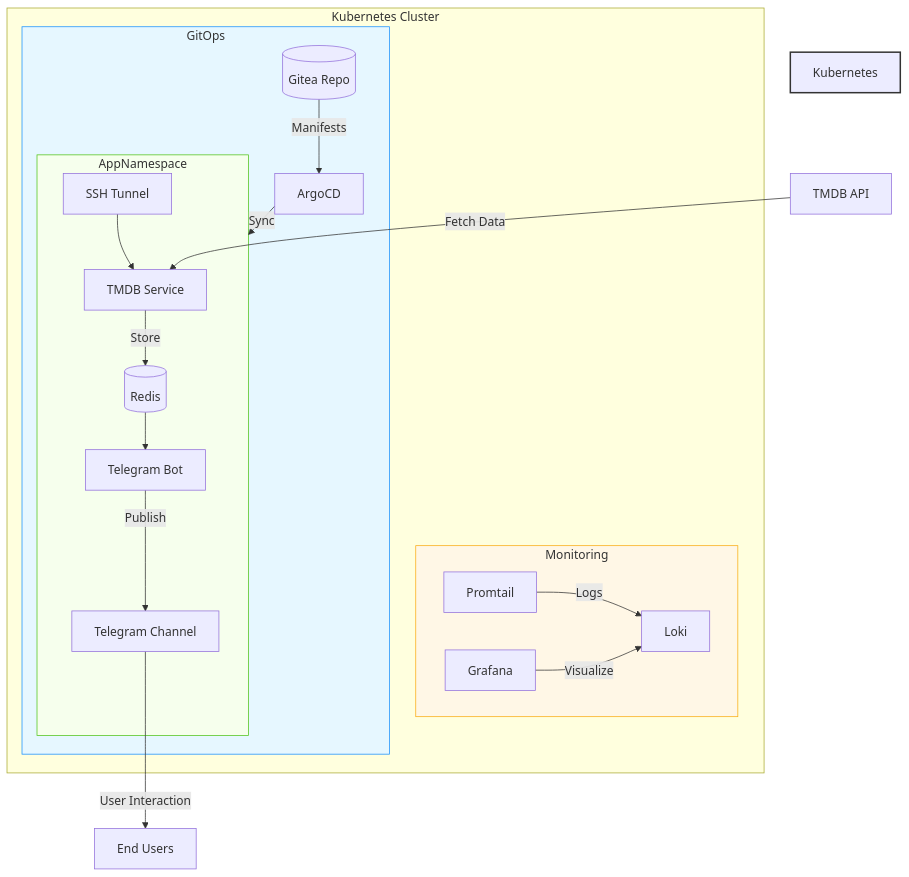
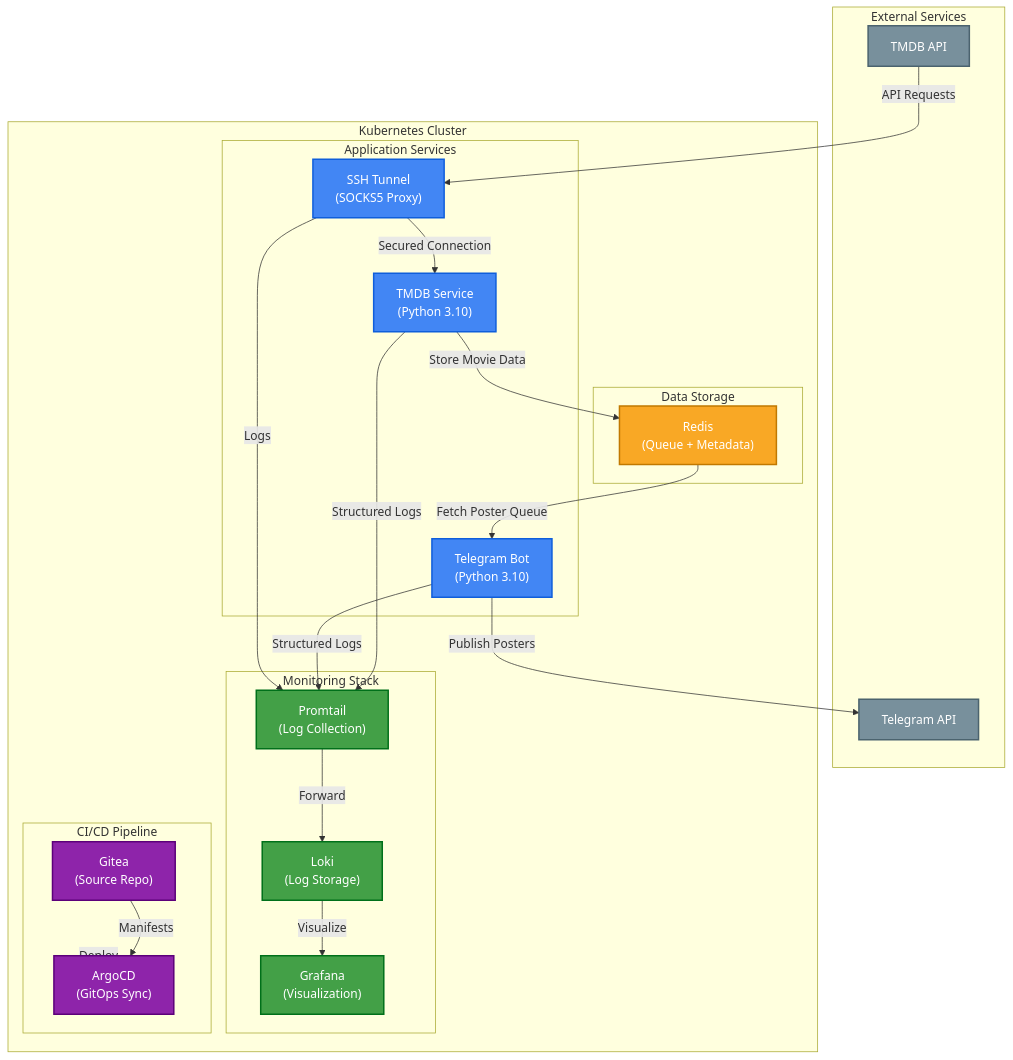
The diagram in README.md (thisisspartan/micro_tg), drawn with Mermaid before and after one commit.

Commit message:
README added new mermaid

````diff
--- a/README.md
+++ b/README.md
@@ -31,29 +31,60 @@
 ```mermaid
-graph TD
-    subgraph Kubernetes Cluster
-        subgraph GitOps
-            Gitea[(Gitea Repo)] -->|Manifests| ArgoCD
-            ArgoCD -->|Sync| AppNamespace
+flowchart TD
+    subgraph External ["External Services"]
+        TMDB["TMDB API"]
+        TG["Telegram API"]
+    end
+
+    subgraph Infrastructure ["Kubernetes Cluster"]
+        subgraph Services ["Application Services"]
+            TMDB_SVC["TMDB Service\n(Python 3.10)"]
+            TG_BOT["Telegram Bot\n(Python 3.10)"]
+            SSH["SSH Tunnel\n(SOCKS5 Proxy)"]
         end
         
-        subgraph Monitoring
-            Promtail -->|Logs| Loki
-            Grafana -->|Visualize| Loki
+        subgraph Storage ["Data Storage"]
+            REDIS["Redis\n(Queue + Metadata)"]
         end
         
-        subgraph AppNamespace
-            TMDB[TMDB Service] -->|Store| Redis[(Redis)]
-            Redis --> Telegram[Telegram Bot]
-            Telegram -->|Publish| Channel[Telegram Channel]
-            Tunnel[SSH Tunnel] --> TMDB
+        subgraph Observability ["Monitoring Stack"]
+            PROMTAIL["Promtail\n(Log Collection)"]
+            LOKI["Loki\n(Log Storage)"]
+            GRAFANA["Grafana\n(Visualization)"]
+        end
+        
+        subgraph CI_CD ["CI/CD Pipeline"]
+            GITEA["Gitea\n(Source Repo)"]
+            ARGOCD["ArgoCD\n(GitOps Sync)"]
         end
     end
     
-    External[TMDB API] -->|Fetch Data| TMDB
-    Channel -->|User Interaction| EndUser[End Users]
+    %% Data Flow Connections
+    TMDB -->|API Requests| SSH
+    SSH -->|Secured Connection| TMDB_SVC
+    TMDB_SVC -->|Store Movie Data| REDIS
+    REDIS -->|Fetch Poster Queue| TG_BOT
+    TG_BOT -->|Publish Posters| TG
     
-    style Kubernetes Cluster fill:#f5f5f5,stroke:#333,stroke-width:2px
-    style GitOps fill:#e6f7ff,stroke:#1890ff
-    style Monitoring fill:#fff7e6,stroke:#faad14
-    style AppNamespace fill:#f6ffed,stroke:#52c41a
+    %% Logging Flow
+    TMDB_SVC -->|Structured Logs| PROMTAIL
+    TG_BOT -->|Structured Logs| PROMTAIL
+    SSH -->|Logs| PROMTAIL
+    PROMTAIL -->|Forward| LOKI
+    LOKI -->|Visualize| GRAFANA
+    
+    %% Deployment Flow
+    GITEA -->|Manifests| ARGOCD
+    ARGOCD -->|Deploy| Infrastructure
+
+    classDef primary fill:#4286f4,stroke:#0f5edb,color:white,stroke-width:2px
+    classDef storage fill:#f9a825,stroke:#c17900,color:white,stroke-width:2px
+    classDef monitoring fill:#43a047,stroke:#00701a,color:white,stroke-width:2px
+    classDef cicd fill:#8e24aa,stroke:#5c007a,color:white,stroke-width:2px
+    classDef external fill:#78909c,stroke:#4b636e,color:white,stroke-width:2px
+
+    class TMDB_SVC,TG_BOT,SSH primary
+    class REDIS storage
+    class PROMTAIL,LOKI,GRAFANA monitoring
+    class GITEA,ARGOCD cicd
+    class TMDB,TG external
 ```
````
